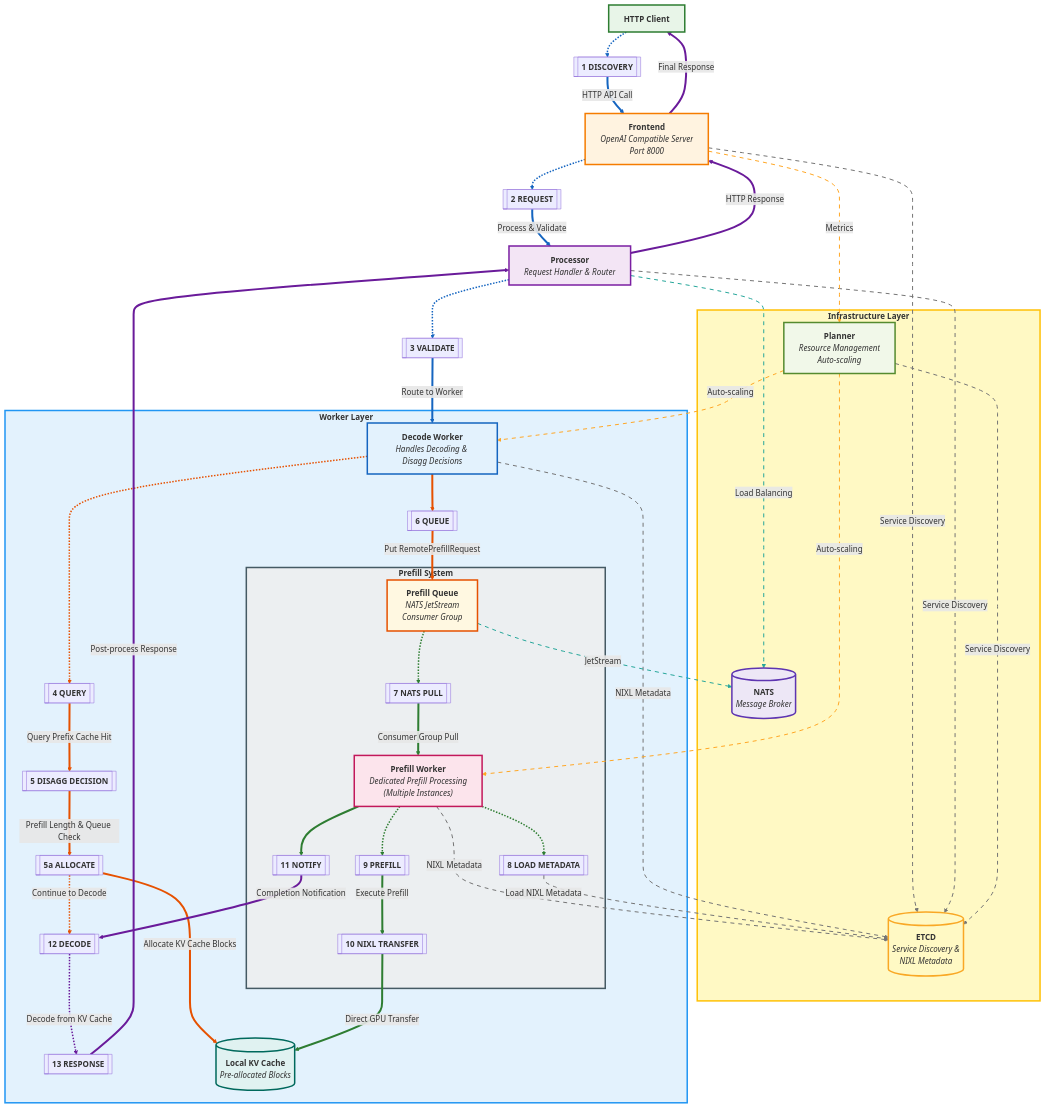
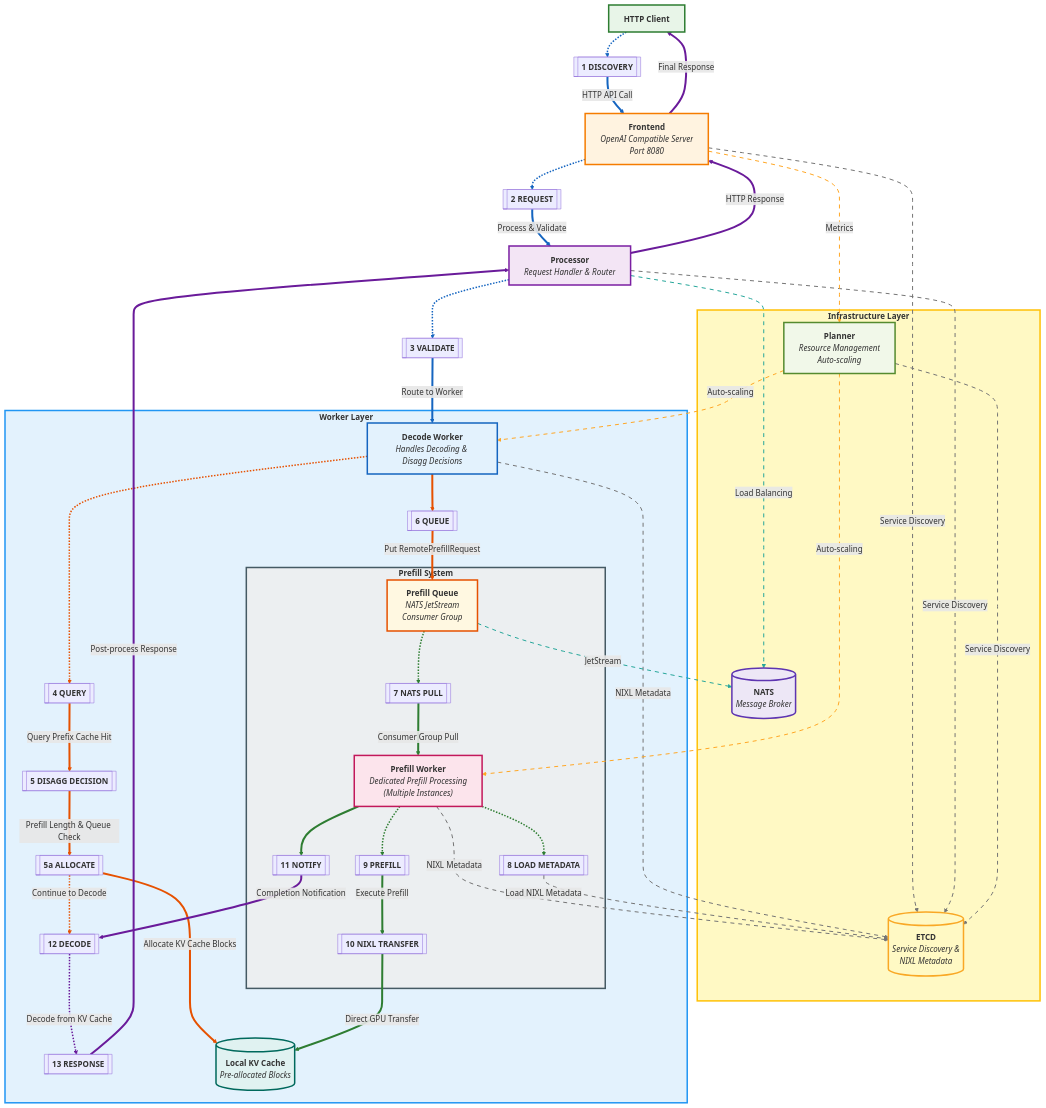
Before and after one commit to vickiegpt/dynamo: the diagram in docs/architecture/dynamo_flow.md, drawn with Mermaid. The commit also changed other lines of this file and 513 other files, not shown here.

```diff
--- a/docs/architecture/dynamo_flow.md
+++ b/docs/architecture/dynamo_flow.md
@@ -84,7 +84,7 @@
     %% Top Layer - Client & Frontend
     Client["<b>HTTP Client</b>"]
     S1[["<b>1 DISCOVERY</b>"]]
-    Frontend["<b>Frontend</b><br/><i>OpenAI Compatible Server<br/>Port 8000</i>"]
+    Frontend["<b>Frontend</b><br/><i>OpenAI Compatible Server<br/>Port 8080</i>"]
     S2[["<b>2 REQUEST</b>"]]
 
     %% Processing Layer
```
